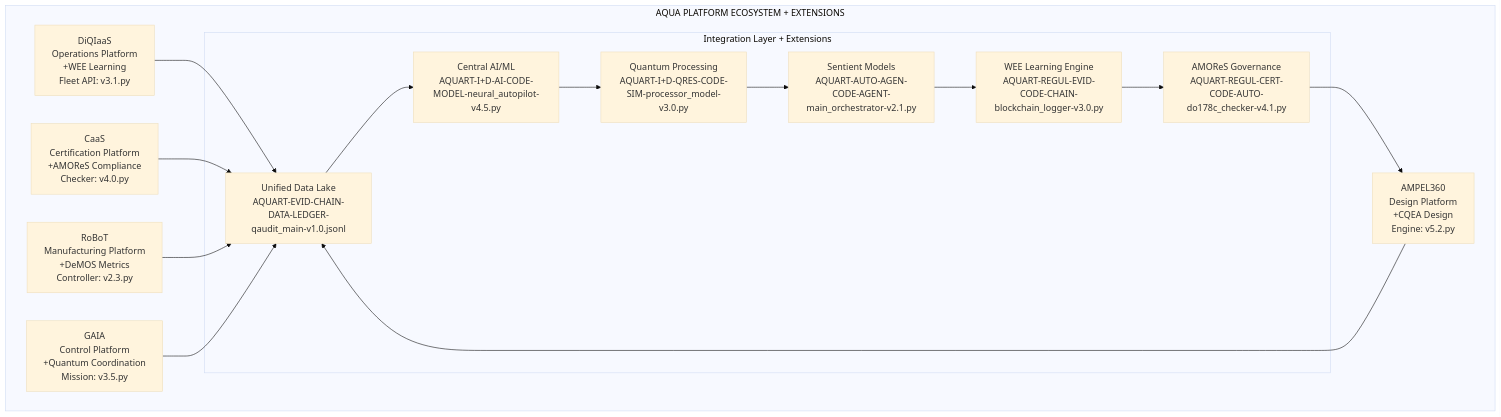
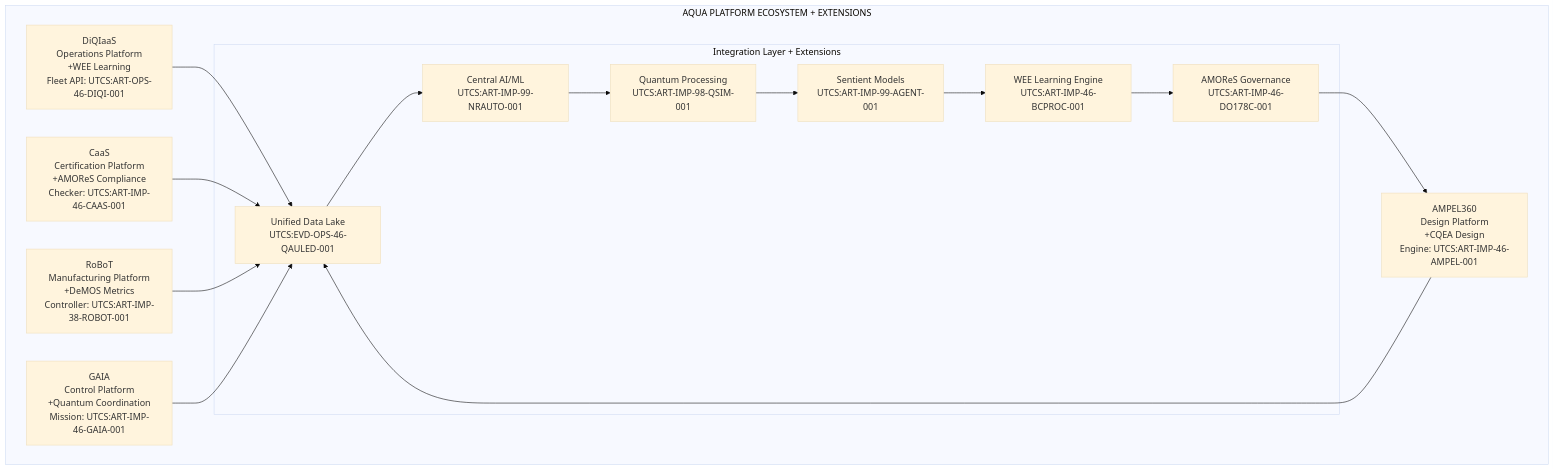
The third of 19 diagrams in README.md (Robbbo-T/AQUA), drawn with Mermaid (base theme) before and after one commit. The commit also changed other lines of this file, not shown here.

````diff
--- a/README.md
+++ b/README.md
@@ -862,32 +868,32 @@
 ```mermaid
 graph TB
     subgraph "AQUA PLATFORM ECOSYSTEM + EXTENSIONS"
-        AMPEL[AMPEL360<br/>Design Platform<br/>+CQEA Design<br/>Engine: v5.2.py]
-        DIQ[DiQIaaS<br/>Operations Platform<br/>+WEE Learning<br/>Fleet API: v3.1.py]
-        CAAS[CaaS<br/>Certification Platform<br/>+AMOReS Compliance<br/>Checker: v4.0.py]
-        ROBOT[RoBoT<br/>Manufacturing Platform<br/>+DeMOS Metrics<br/>Controller: v2.3.py]
-        GAIA[GAIA<br/>Control Platform<br/>+Quantum Coordination<br/>Mission: v3.5.py]
+        AMPEL[AMPEL360<br/>Design Platform<br/>+CQEA Design<br/>Engine: UTCS:ART-IMP-46-AMPEL-001]
+        DIQ[DiQIaaS<br/>Operations Platform<br/>+WEE Learning<br/>Fleet API: UTCS:ART-OPS-46-DIQI-001]
+        CAAS[CaaS<br/>Certification Platform<br/>+AMOReS Compliance<br/>Checker: UTCS:ART-IMP-46-CAAS-001]
+        ROBOT[RoBoT<br/>Manufacturing Platform<br/>+DeMOS Metrics<br/>Controller: UTCS:ART-IMP-38-ROBOT-001]
+        GAIA[GAIA<br/>Control Platform<br/>+Quantum Coordination<br/>Mission: UTCS:ART-IMP-46-GAIA-001]
         
         subgraph "Integration Layer + Extensions"
-            DATA[Unified Data Lake<br/>AQUART-EVID-CHAIN-DATA-LEDGER-qaudit_main-v1.0.jsonl]
-            AI[Central AI/ML<br/>AQUART-I+D-AI-CODE-MODEL-neural_autopilot-v4.5.py]
-            QUANTUM[Quantum Processing<br/>AQUART-I+D-QRES-CODE-SIM-processor_model-v3.0.py]
-            SENTIENT[Sentient Models<br/>AQUART-AUTO-AGEN-CODE-AGENT-main_orchestrator-v2.1.py]
-            WEE[WEE Learning Engine<br/>AQUART-REGUL-EVID-CODE-CHAIN-blockchain_logger-v3.0.py]
-            AMORES[AMOReS Governance<br/>AQUART-REGUL-CERT-CODE-AUTO-do178c_checker-v4.1.py]
+            DATA[Unified Data Lake<br/>UTCS:EVD-OPS-46-QAULED-001]
+            AI[Central AI/ML<br/>UTCS:ART-IMP-99-NRAUTO-001]
+            QUANTUM[Quantum Processing<br/>UTCS:ART-IMP-98-QSIM-001]
+            SENTIENT[Sentient Models<br/>UTCS:ART-IMP-99-AGENT-001]
+            WEE[WEE Learning Engine<br/>UTCS:ART-IMP-46-BCPROC-001]
+            AMORES[AMOReS Governance<br/>UTCS:ART-IMP-46-DO178C-001]
         end
         
         AMPEL --> DATA
         DIQ --> DATA
         CAAS --> DATA
         ROBOT --> DATA
         GAIA --> DATA
         
         DATA --> AI
         AI --> QUANTUM
         QUANTUM --> SENTIENT
         SENTIENT --> WEE
         WEE --> AMORES
         AMORES --> AMPEL
     end
 ```
````
